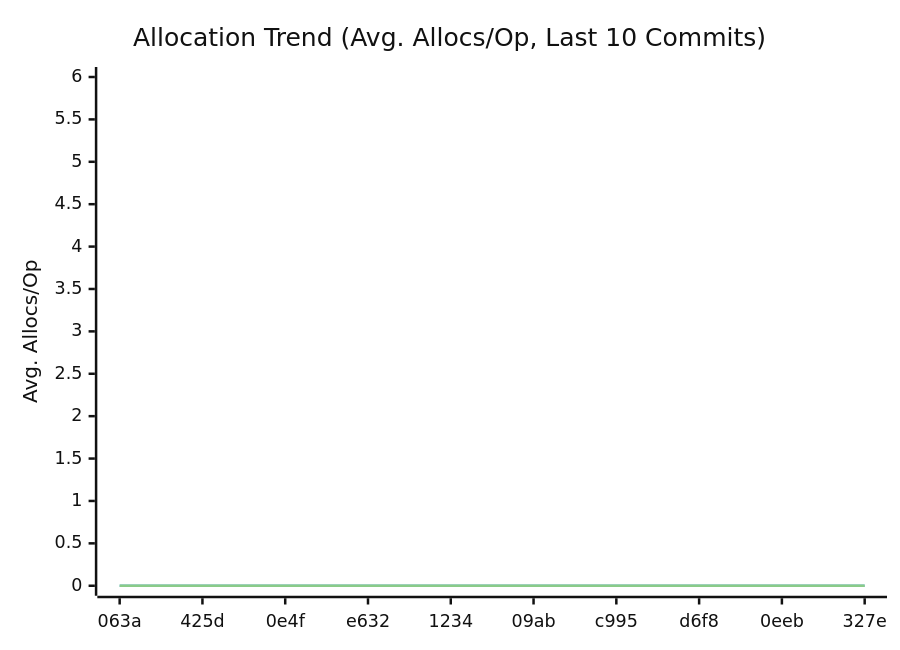
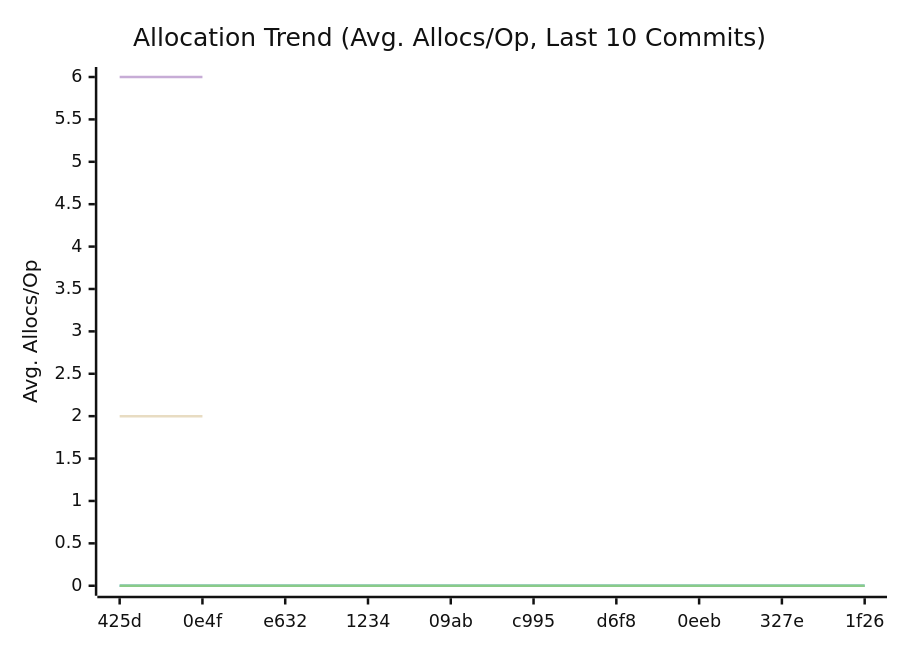
One commit to alsotoes/momo changed the third of 3 diagrams in doc/README.md. Above: the diagram before and after it, drawn with Mermaid (neutral theme). The commit also changed other lines of this file and 1 other file, not shown here.

````diff
--- a/doc/README.md
+++ b/doc/README.md
@@ -322,12 +322,12 @@
 ```mermaid
 xychart-beta
     title "Allocation Trend (Avg. Allocs/Op, Last 10 Commits)"
     x-axis "Commit"
     y-axis "Avg. Allocs/Op"
-    x-axis [063a,425d,0e4f,e632,1234,09ab,c995,d6f8,0eeb,327e]
+    x-axis [425d,0e4f,e632,1234,09ab,c995,d6f8,0eeb,327e,1f26]
     line "CheckMetricsAndSwap" [0,0,0,0,0,0,0,0,0,0]
     line "IndexDirectTracking" [0,0,0,0,0,0,0,0,0,0]
     line "IndexSearch" [0,0,0,0,0,0,0,0,0,0]
-    line "ParseReplicationOrder_NoPrealloc" [6]
-    line "ParseReplicationOrder_Prealloc" [2]
+    line "ParseReplicationOrder_NoPrealloc" [6,6]
+    line "ParseReplicationOrder_Prealloc" [2,2]
 ```
````
